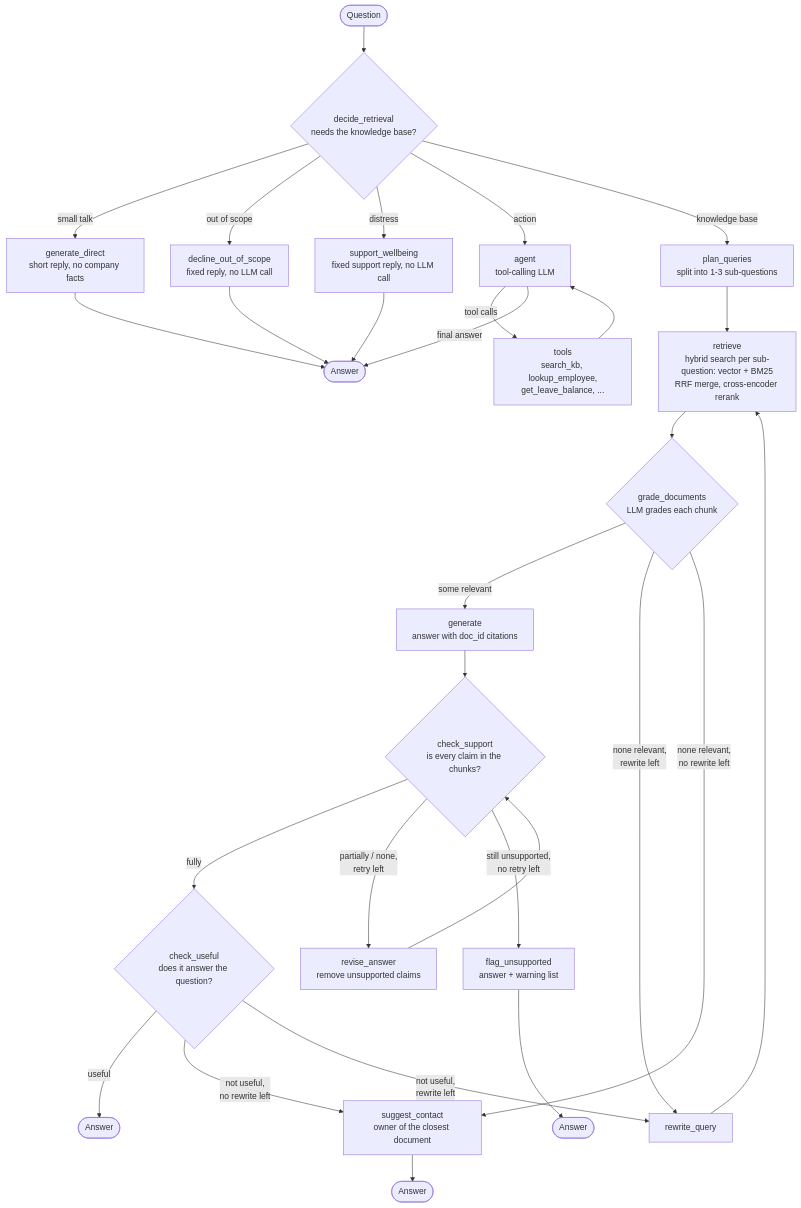
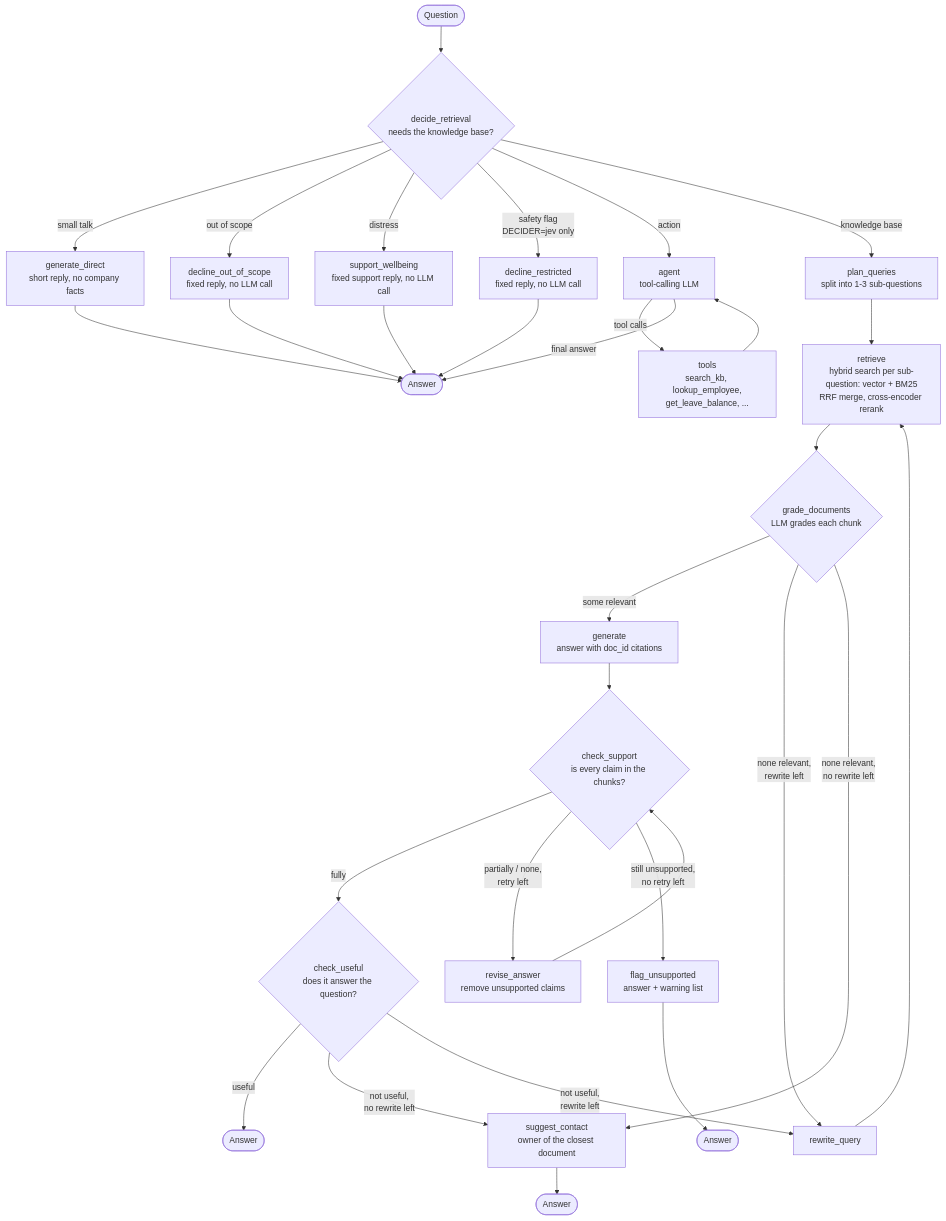
One commit to kaushik-hadiya/OrbitBot changed the diagram in README.md. Above: the diagram before and after it, drawn with Mermaid. The commit also changed other lines of this file, not shown here.

Commit message:
readme: decision models (Jev) section, flags and thresholds, evaluation scripts; OpenRouter instead of Groq

````diff
--- a/README.md
+++ b/README.md
@@ -48,24 +52,25 @@
 ```mermaid
 flowchart TD
     Q([Question]) --> D{decide_retrieval<br/>needs the knowledge base?}
     D -->|small talk| GD[generate_direct<br/>short reply, no company facts] --> E1([Answer])
     D -->|out of scope| OOS[decline_out_of_scope<br/>fixed reply, no LLM call] --> E1
     D -->|distress| WB[support_wellbeing<br/>fixed support reply, no LLM call] --> E1
+    D -->|safety flag<br/>DECIDER=jev only| DR[decline_restricted<br/>fixed reply, no LLM call] --> E1
     D -->|action| AG[agent<br/>tool-calling LLM] -->|tool calls| T[tools<br/>search_kb, lookup_employee,<br/>get_leave_balance, ...] --> AG
     AG -->|final answer| E1
     D -->|knowledge base| P[plan_queries<br/>split into 1-3 sub-questions]
     P --> R[retrieve<br/>hybrid search per sub-question: vector + BM25<br/>RRF merge, cross-encoder rerank]
     R --> G{grade_documents<br/>LLM grades each chunk}
     G -->|some relevant| GEN[generate<br/>answer with doc_id citations]
     G -->|none relevant,<br/>rewrite left| RW[rewrite_query]
     G -->|none relevant,<br/>no rewrite left| SC[suggest_contact<br/>owner of the closest document] --> E2([Answer])
     GEN --> S{check_support<br/>is every claim in the chunks?}
     S -->|fully| U{check_useful<br/>does it answer the question?}
     S -->|partially / none,<br/>retry left| RV[revise_answer<br/>remove unsupported claims]
     RV --> S
     S -->|still unsupported,<br/>no retry left| F[flag_unsupported<br/>answer + warning list] --> E3([Answer])
     U -->|useful| E4([Answer])
     U -->|not useful,<br/>no rewrite left| SC
     U -->|not useful,<br/>rewrite left| RW
     RW --> R
 ```
````
